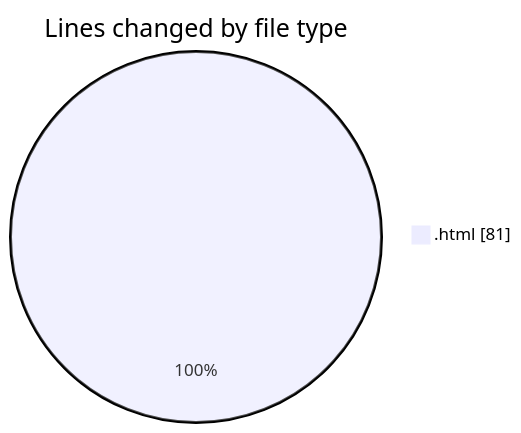
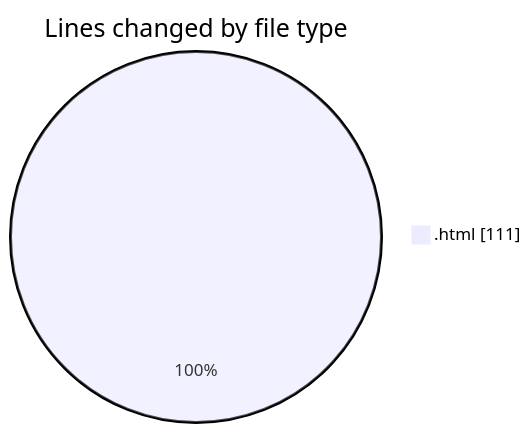
Before and after one commit to LanceThiago/code-tracking: the first of 2 diagrams in 2025-01-07/nueva_carpeta/README.md, drawn with Mermaid. The commit also changed other lines of this file and 1 other file, not shown here.

````diff
--- a/2025-01-07/nueva_carpeta/README.md
+++ b/2025-01-07/nueva_carpeta/README.md
@@ -20,5 +20,5 @@
 ```mermaid
 pie showData
 title Lines changed by file type
-".html" : 81
+".html" : 111
 ```
````
